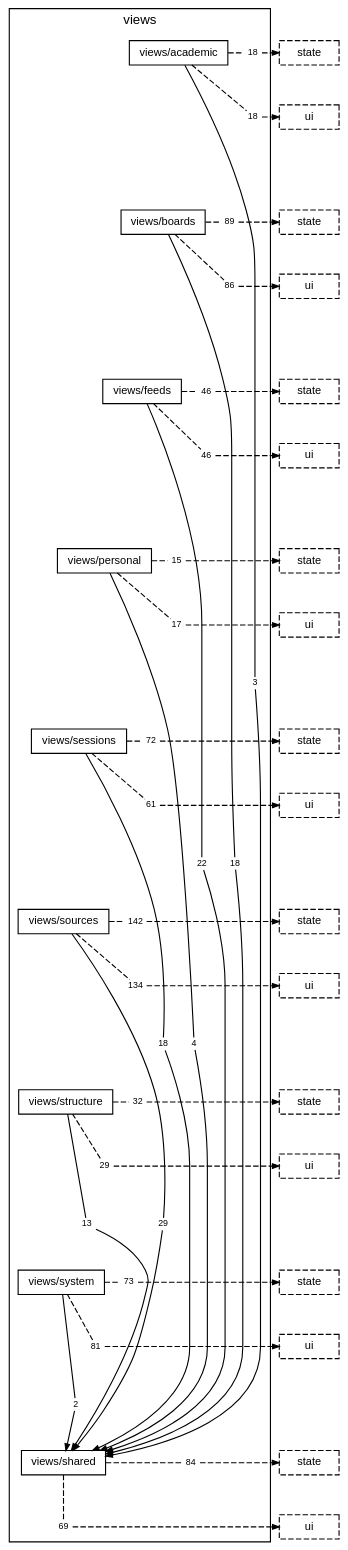
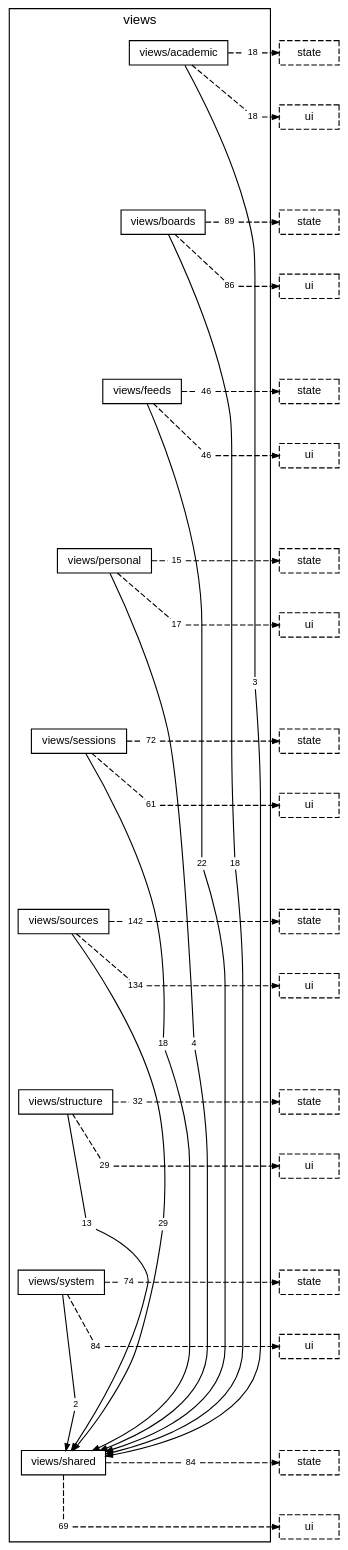
Before and after one commit to TheAxeC/oculus: the diagram in docs/diagrams/layer-views.dot, drawn with Graphviz. The commit also changed 30 other files, not shown here.

```diff
--- a/docs/diagrams/layer-views.dot
+++ b/docs/diagrams/layer-views.dot
@@ -35,8 +35,8 @@
         "folder views/structure to layer state" [label="32", shape=box, color="transparent", fontsize=8, width=0, height=0, margin="0.04,0.02"];
         "folder views/structure to layer ui" [label="29", shape=box, color="transparent", fontsize=8, width=0, height=0, margin="0.04,0.02"];
         "folder views/system to folder views/shared" [label="2", shape=box, color="transparent", fontsize=8, width=0, height=0, margin="0.04,0.02"];
-        "folder views/system to layer state" [label="73", shape=box, color="transparent", fontsize=8, width=0, height=0, margin="0.04,0.02"];
-        "folder views/system to layer ui" [label="81", shape=box, color="transparent", fontsize=8, width=0, height=0, margin="0.04,0.02"];
+        "folder views/system to layer state" [label="74", shape=box, color="transparent", fontsize=8, width=0, height=0, margin="0.04,0.02"];
+        "folder views/system to layer ui" [label="84", shape=box, color="transparent", fontsize=8, width=0, height=0, margin="0.04,0.02"];
         "folder views/shared to layer state" [label="84", shape=box, color="transparent", fontsize=8, width=0, height=0, margin="0.04,0.02"];
         "folder views/shared to layer ui" [label="69", shape=box, color="transparent", fontsize=8, width=0, height=0, margin="0.04,0.02"];
     }
```
